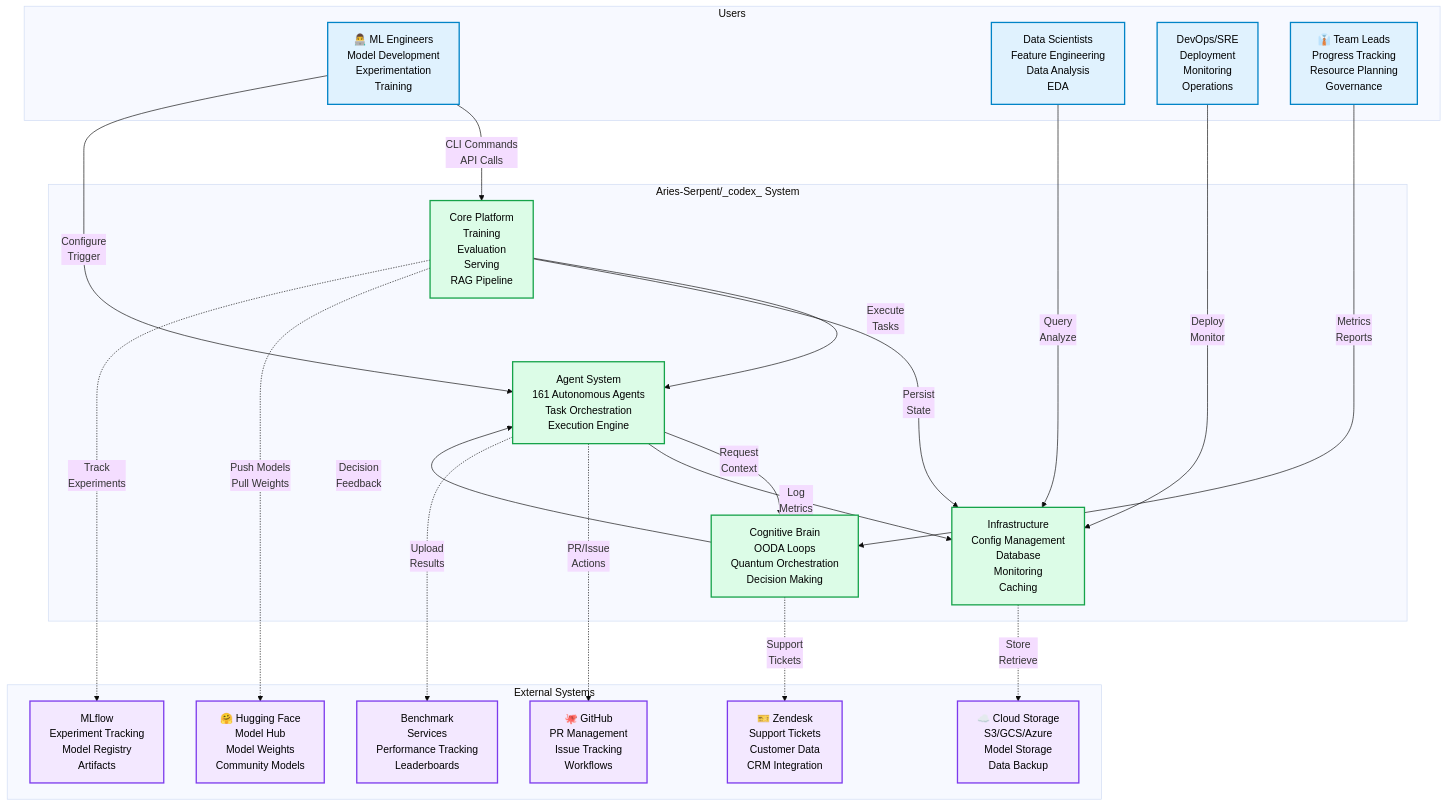
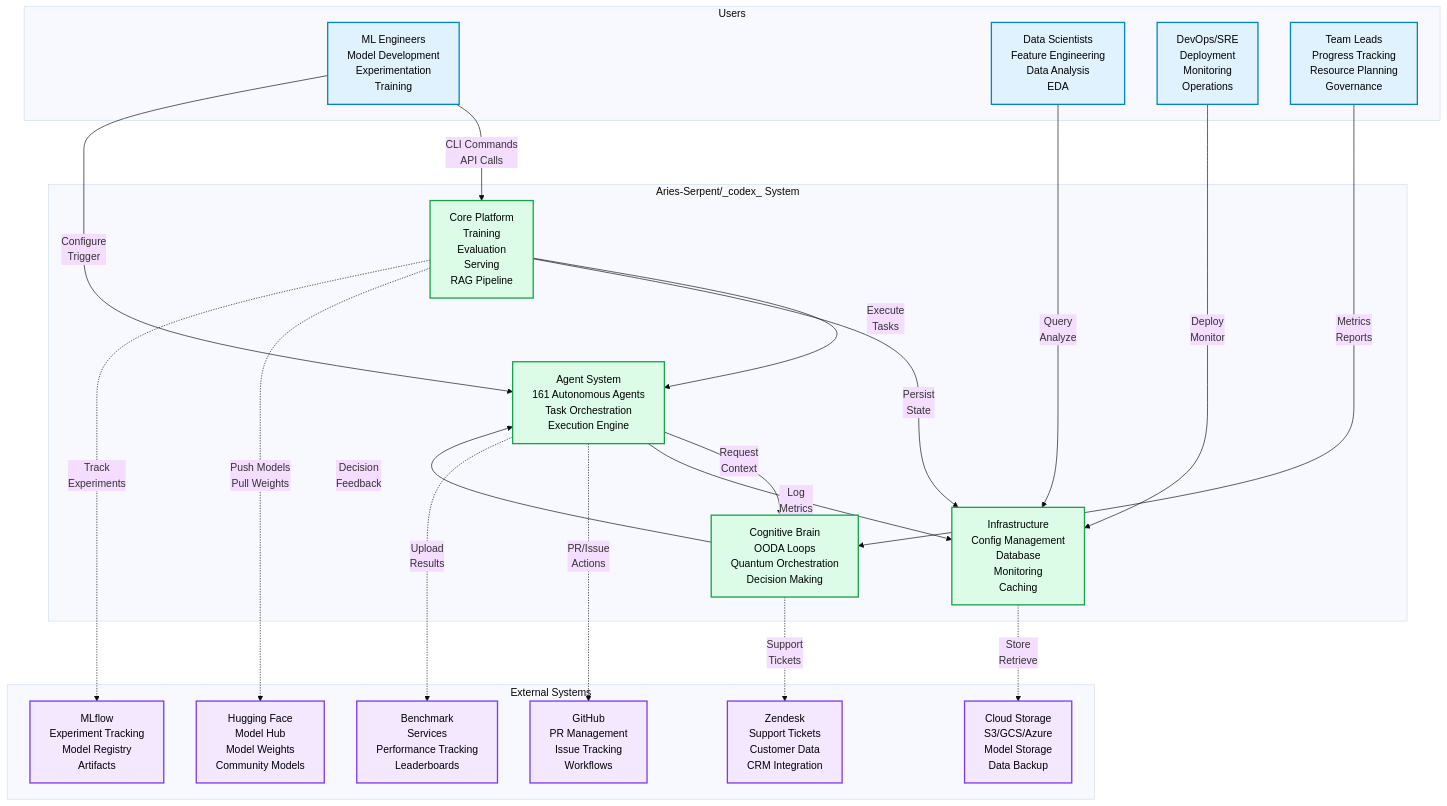
Before and after one commit to Aries-Serpent/_codex_: the diagram in docs/architecture/SYSTEM_CONTEXT.md, drawn with Mermaid. The commit also changed other lines of this file and 4117 other files, not shown here.

First line of the commit message:
Phase A: v0.2.0 Production Infrastructure Deployment - Ready for Release (#5334)

````diff
--- a/docs/architecture/SYSTEM_CONTEXT.md
+++ b/docs/architecture/SYSTEM_CONTEXT.md
@@ -15,66 +15,75 @@
 ```mermaid
 %%{init: {'accessibility': {'title': 'System Context Diagram<br/>Users and External Systems'}, 'theme': 'base'}}%%
+
 graph TB
-    subgraph "External Systems"
-        GH["🐙 GitHub<br/>PR Management<br/>Issue Tracking<br/>Workflows"]
-        ZD["🎫 Zendesk<br/>Support Tickets<br/>Customer Data<br/>CRM Integration"]
-        HF["🤗 Hugging Face<br/>Model Hub<br/>Model Weights<br/>Community Models"]
-        MLFLOW[" MLflow<br/>Experiment Tracking<br/>Model Registry<br/>Artifacts"]
-        S3["☁️ Cloud Storage<br/>S3/GCS/Azure<br/>Model Storage<br/>Data Backup"]
-        BENCH[" Benchmark<br/>Services<br/>Performance Tracking<br/>Leaderboards"]
-    end
+ subgraph "External Systems"
+ GH[" GitHub<br/>PR Management<br/>Issue Tracking<br/>Workflows"]
+ ZD[" Zendesk<br/>Support Tickets<br/>Customer Data<br/>CRM Integration"]
+ HF[" Hugging Face<br/>Model Hub<br/>Model Weights<br/>Community Models"]
+ MLFLOW[" MLflow<br/>Experiment Tracking<br/>Model Registry<br/>Artifacts"]
+ S3[" Cloud Storage<br/>S3/GCS/Azure<br/>Model Storage<br/>Data Backup"]
+ BENCH[" Benchmark<br/>Services<br/>Performance Tracking<br/>Leaderboards"]
+ end
 
-    subgraph "Aries-Serpent/_codex_ System"
-        CORE[" Core Platform<br/>Training<br/>Evaluation<br/>Serving<br/>RAG Pipeline"]
-        AGENTS[" Agent System<br/>161 Autonomous Agents<br/>Task Orchestration<br/>Execution Engine"]
-        BRAIN[" Cognitive Brain<br/>OODA Loops<br/>Quantum Orchestration<br/>Decision Making"]
-        INFRA[" Infrastructure<br/>Config Management<br/>Database<br/>Monitoring<br/>Caching"]
-    end
+ subgraph "Aries-Serpent/_codex_ System"
+ CORE[" Core Platform<br/>Training<br/>Evaluation<br/>Serving<br/>RAG Pipeline"]
+ AGENTS[" Agent System<br/>161 Autonomous Agents<br/>Task Orchestration<br/>Execution Engine"]
+ BRAIN[" Cognitive Brain<br/>OODA Loops<br/>Quantum Orchestration<br/>Decision Making"]
+ INFRA[" Infrastructure<br/>Config Management<br/>Database<br/>Monitoring<br/>Caching"]
+ end
 
-    subgraph "Users"
-        DEV["👨‍💻 ML Engineers<br/>Model Development<br/>Experimentation<br/>Training"]
-        DS[" Data Scientists<br/>Feature Engineering<br/>Data Analysis<br/>EDA"]
-        OPS[" DevOps/SRE<br/>Deployment<br/>Monitoring<br/>Operations"]
-        LEAD["👔 Team Leads<br/>Progress Tracking<br/>Resource Planning<br/>Governance"]
-    end
+ subgraph "Users"
+ DEV[" ML Engineers<br/>Model Development<br/>Experimentation<br/>Training"]
+ DS[" Data Scientists<br/>Feature Engineering<br/>Data Analysis<br/>EDA"]
+ OPS[" DevOps/SRE<br/>Deployment<br/>Monitoring<br/>Operations"]
+ LEAD[" Team Leads<br/>Progress Tracking<br/>Resource Planning<br/>Governance"]
+ end
 
-    %% User interactions with system
-    DEV -->|"CLI Commands<br/>API Calls"| CORE
-    DEV -->|"Configure<br/>Trigger"| AGENTS
-    DS -->|"Query<br/>Analyze"| INFRA
-    OPS -->|"Deploy<br/>Monitor"| INFRA
-    LEAD -->|"Metrics<br/>Reports"| BRAIN
+ %% User interactions with system
+ DEV -->|"CLI Commands<br/>API Calls"| CORE
 
-    %% System internal flows
-    CORE -->|"Execute<br/>Tasks"| AGENTS
-    AGENTS -->|"Request<br/>Context"| BRAIN
-    BRAIN -->|"Decision<br/>Feedback"| AGENTS
-    CORE -->|"Persist<br/>State"| INFRA
-    AGENTS -->|"Log<br/>Metrics"| INFRA
+ DEV -->|"Configure<br/>Trigger"| AGENTS
 
-    %% External system integrations
-    CORE -.->|"Push Models<br/>Pull Weights"| HF
-    AGENTS -.->|"PR/Issue<br/>Actions"| GH
-    BRAIN -.->|"Support<br/>Tickets"| ZD
-    CORE -.->|"Track<br/>Experiments"| MLFLOW
-    INFRA -.->|"Store<br/>Retrieve"| S3
-    AGENTS -.->|"Upload<br/>Results"| BENCH
+ DS -->|"Query<br/>Analyze"| INFRA
 
-    %% Styling
-    style DEV fill:#e0f2fe,stroke:#0284c7,stroke-width:2px,color:#000
-    style DS fill:#e0f2fe,stroke:#0284c7,stroke-width:2px,color:#000
-    style OPS fill:#e0f2fe,stroke:#0284c7,stroke-width:2px,color:#000
-    style LEAD fill:#e0f2fe,stroke:#0284c7,stroke-width:2px,color:#000
+ OPS -->|"Deploy<br/>Monitor"| INFRA
 
-    style CORE fill:#dcfce7,stroke:#16a34a,stroke-width:2px,color:#000
-    style AGENTS fill:#dcfce7,stroke:#16a34a,stroke-width:2px,color:#000
-    style BRAIN fill:#dcfce7,stroke:#16a34a,stroke-width:2px,color:#000
-    style INFRA fill:#dcfce7,stroke:#16a34a,stroke-width:2px,color:#000
+ LEAD -->|"Metrics<br/>Reports"| BRAIN
 
-    style GH fill:#f3e8ff,stroke:#7c3aed,stroke-width:2px,color:#000
-    style ZD fill:#f3e8ff,stroke:#7c3aed,stroke-width:2px,color:#000
-    style HF fill:#f3e8ff,stroke:#7c3aed,stroke-width:2px,color:#000
-    style MLFLOW fill:#f3e8ff,stroke:#7c3aed,stroke-width:2px,color:#000
-    style S3 fill:#f3e8ff,stroke:#7c3aed,stroke-width:2px,color:#000
-    style BENCH fill:#f3e8ff,stroke:#7c3aed,stroke-width:2px,color:#000
+ %% System internal flows
+ CORE -->|"Execute<br/>Tasks"| AGENTS
+
+ AGENTS -->|"Request<br/>Context"| BRAIN
+
+ BRAIN -->|"Decision<br/>Feedback"| AGENTS
+
+ CORE -->|"Persist<br/>State"| INFRA
+
+ AGENTS -->|"Log<br/>Metrics"| INFRA
+
+ %% External system integrations
+ CORE -.->|"Push Models<br/>Pull Weights"| HF
+ AGENTS -.->|"PR/Issue<br/>Actions"| GH
+ BRAIN -.->|"Support<br/>Tickets"| ZD
+ CORE -.->|"Track<br/>Experiments"| MLFLOW
+ INFRA -.->|"Store<br/>Retrieve"| S3
+ AGENTS -.->|"Upload<br/>Results"| BENCH
+
+ %% Styling
+ style DEV fill:#e0f2fe,stroke:#0284c7,stroke-width:2px,color:#000
+ style DS fill:#e0f2fe,stroke:#0284c7,stroke-width:2px,color:#000
+ style OPS fill:#e0f2fe,stroke:#0284c7,stroke-width:2px,color:#000
+ style LEAD fill:#e0f2fe,stroke:#0284c7,stroke-width:2px,color:#000
+
+ style CORE fill:#dcfce7,stroke:#16a34a,stroke-width:2px,color:#000
+ style AGENTS fill:#dcfce7,stroke:#16a34a,stroke-width:2px,color:#000
+ style BRAIN fill:#dcfce7,stroke:#16a34a,stroke-width:2px,color:#000
+ style INFRA fill:#dcfce7,stroke:#16a34a,stroke-width:2px,color:#000
+
+ style GH fill:#f3e8ff,stroke:#7c3aed,stroke-width:2px,color:#000
+ style ZD fill:#f3e8ff,stroke:#7c3aed,stroke-width:2px,color:#000
+ style HF fill:#f3e8ff,stroke:#7c3aed,stroke-width:2px,color:#000
+ style MLFLOW fill:#f3e8ff,stroke:#7c3aed,stroke-width:2px,color:#000
+ style S3 fill:#f3e8ff,stroke:#7c3aed,stroke-width:2px,color:#000
+ style BENCH fill:#f3e8ff,stroke:#7c3aed,stroke-width:2px,color:#000
 ```
````
